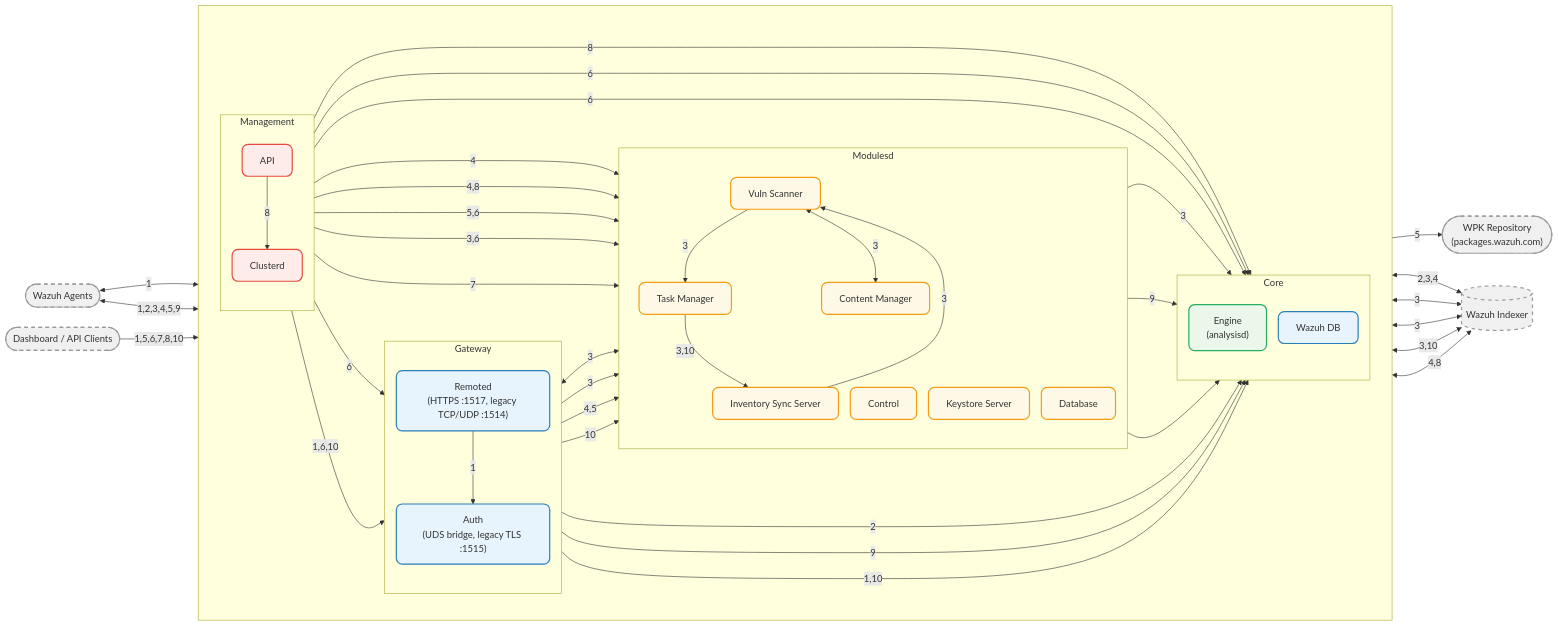
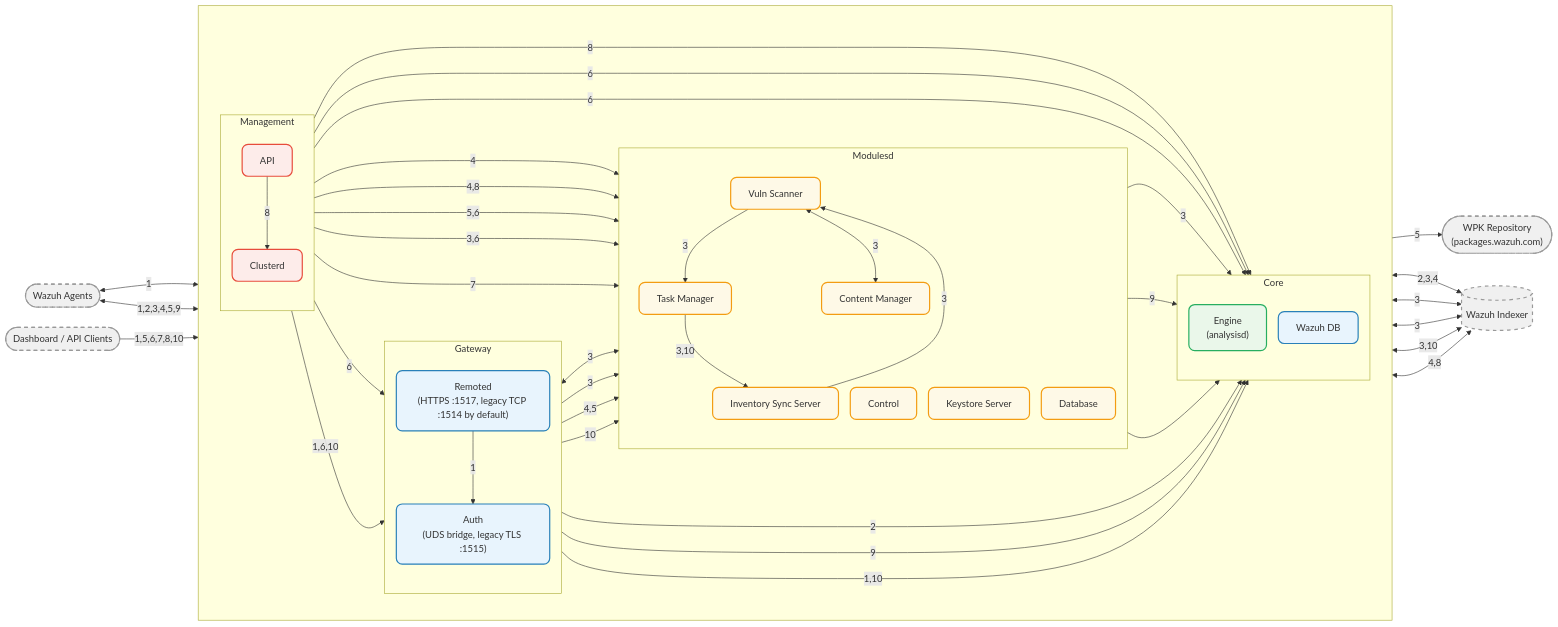
Before and after one commit to wazuh/wazuh: the diagram in docs/ref/architecture.md, drawn with Mermaid. The commit also changed other lines of this file and 59 other files, not shown here.

```diff
--- a/docs/ref/architecture.md
+++ b/docs/ref/architecture.md
@@ -31,7 +31,7 @@
   subgraph gw["Gateway"]
     direction TB
     authd["Auth<br/>(UDS bridge, legacy TLS :1515)"]:::d
-    remoted["Remoted<br/>(HTTPS :1517, legacy TCP/UDP :1514)"]:::d
+    remoted["Remoted<br/>(HTTPS :1517, legacy TCP :1514 by default)"]:::d
   end
 
   subgraph core["Core"]
```
